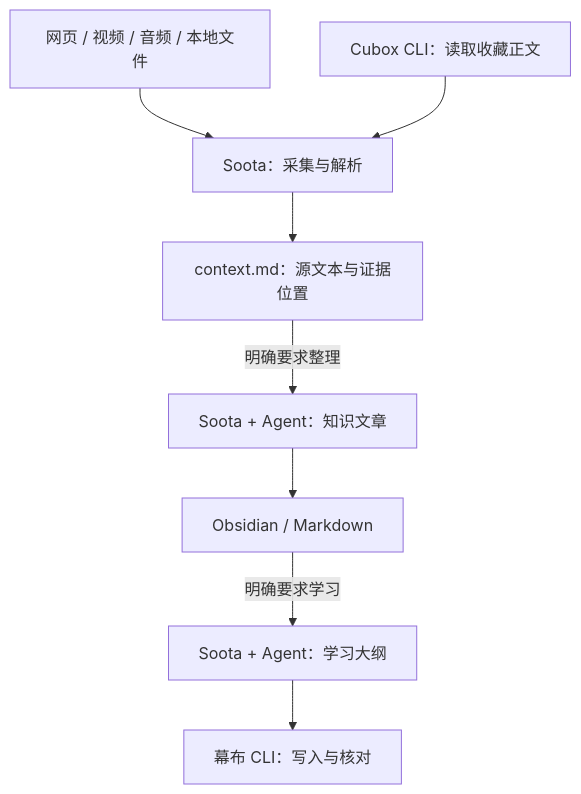
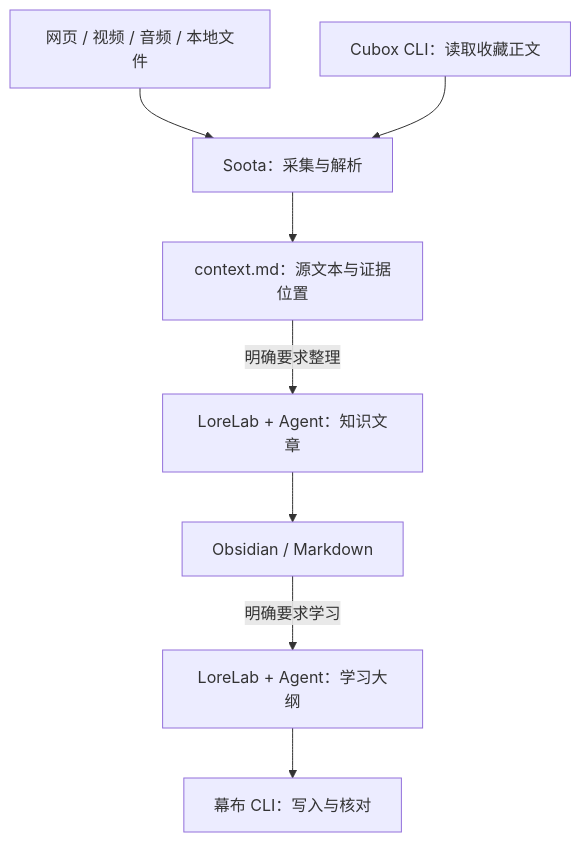
The diagram in README.md (0xTotoroX/lorelab), drawn with Mermaid before and after one commit. The commit also changed other lines of this file and 50 other files, not shown here.

Commit message:
refactor(workflows): move knowledge and study orchestration to LoreLab

````diff
--- a/README.md
+++ b/README.md
@@ -26,10 +26,10 @@
 ```mermaid
 flowchart TD
     media["网页 / 视频 / 音频 / 本地文件"] --> ingest["Soota：采集与解析"]
     cubox["Cubox CLI：读取收藏正文"] --> ingest
     ingest --> context["context.md：源文本与证据位置"]
-    context -->|明确要求整理| article["Soota + Agent：知识文章"]
+    context -->|明确要求整理| article["LoreLab + Agent：知识文章"]
     article --> vault["Obsidian / Markdown"]
-    vault -->|明确要求学习| study["Soota + Agent：学习大纲"]
+    vault -->|明确要求学习| study["LoreLab + Agent：学习大纲"]
     study --> mubu["幕布 CLI：写入与核对"]
 ```
````
